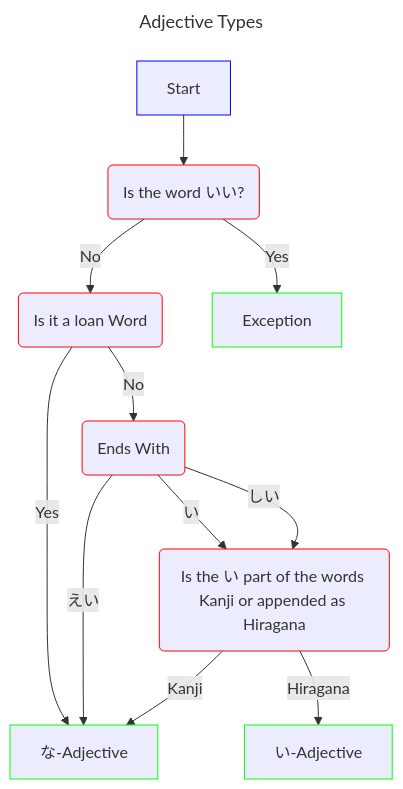
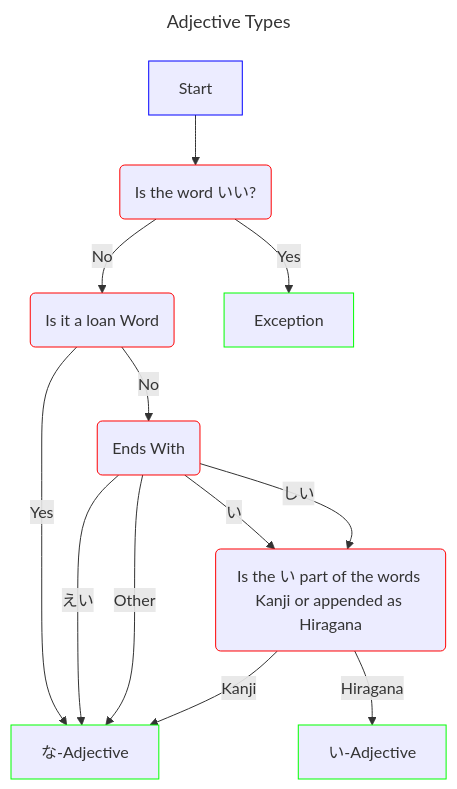
The diagram in Grammar/Adjectives-い-And-な.md (NathanKewley/Japanese), drawn with Mermaid before and after one commit. The commit also changed other lines of this file, not shown here.

Commit message:
update i and na adjectives page

````diff
--- a/Grammar/Adjectives-い-And-な.md
+++ b/Grammar/Adjectives-い-And-な.md
@@ -55,35 +56,36 @@
 ```mermaid
 ---
 title: Adjective Types
 ---
 flowchart TD;
     classDef question stroke:#f00
 
     Start[Start] --> Except(Is the word いい?)
     IsIt(Is it a loan Word)
     NotLoan(Ends With)
     KanjiEnds(Is the い part of the words Kanji or appended as Hiragana)
 
     い-Adjective[い-Adjective]
     な-Adjective[な-Adjective]
     Exception[Exception]
 
     style Start stroke:#00F
     style Except stroke:#F00
     style IsIt stroke:#F00
     style NotLoan stroke:#F00
     style KanjiEnds stroke:#F00
     style い-Adjective stroke:#0F0
     style な-Adjective stroke:#0F0
     style Exception stroke:#0F0
 
     Except -->|Yes| Exception
     Except -->|No| IsIt
     IsIt -->|Yes| な-Adjective
     IsIt -->|No| NotLoan
     NotLoan -->|えい| な-Adjective
     NotLoan -->|い| KanjiEnds
     NotLoan -->|しい| KanjiEnds
+    NotLoan -->|Other| な-Adjective
     KanjiEnds -->|Kanji| な-Adjective
     KanjiEnds -->|Hiragana| い-Adjective
 ```
````
